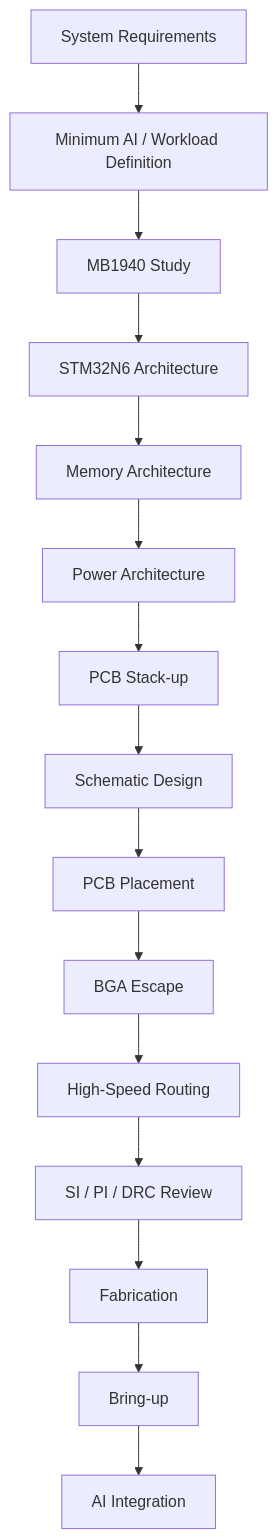
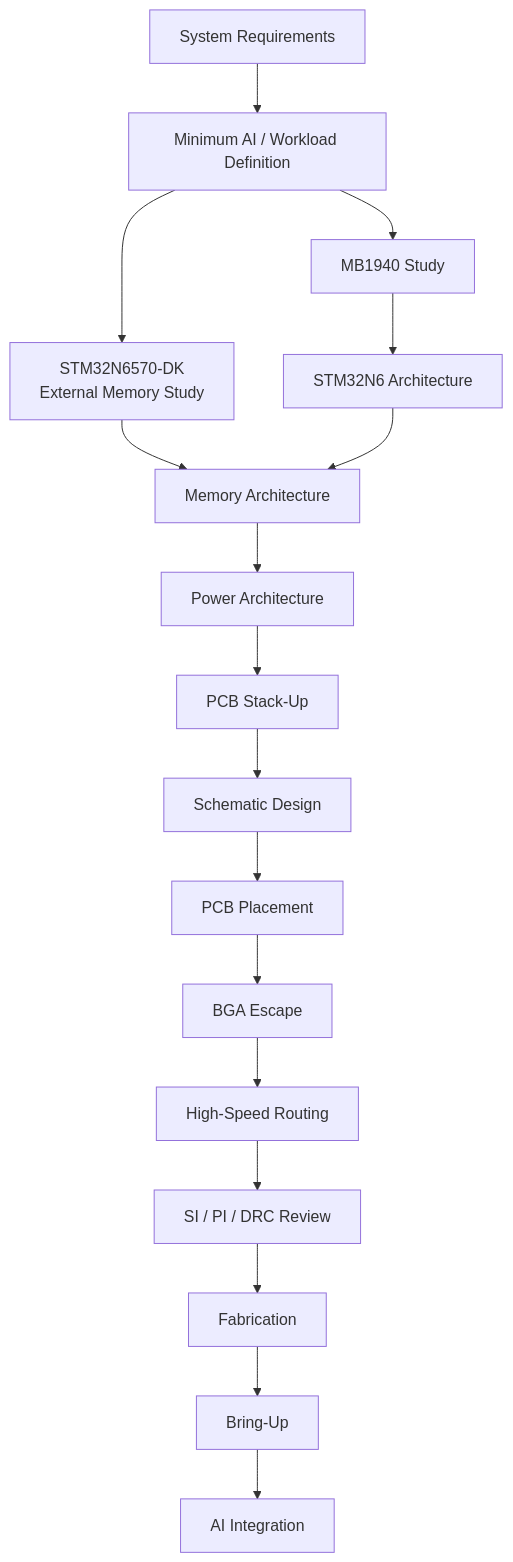
Before and after one commit to danielftsilva/cAiGED: the sixth of 18 diagrams in README.md, drawn with Mermaid. The commit also changed other lines of this file, not shown here.

````diff
--- a/README.md
+++ b/README.md
@@ -261,33 +400,36 @@
 ```mermaid
 flowchart TD
     R["System Requirements"]
     AI["Minimum AI / Workload Definition"]
     MB["MB1940 Study"]
+    DK["STM32N6570-DK<br/>External Memory Study"]
     MCU["STM32N6 Architecture"]
     MEM["Memory Architecture"]
     PWR["Power Architecture"]
-    STK["PCB Stack-up"]
+    STK["PCB Stack-Up"]
     SCH["Schematic Design"]
     PLC["PCB Placement"]
     BGA["BGA Escape"]
     HS["High-Speed Routing"]
     REV["SI / PI / DRC Review"]
     FAB["Fabrication"]
-    BR["Bring-up"]
+    BR["Bring-Up"]
     INT["AI Integration"]
 
     R --> AI
     AI --> MB
     MB --> MCU
+    AI --> DK
+    DK --> MEM
     MCU --> MEM
     MEM --> PWR
     PWR --> STK
     STK --> SCH
     SCH --> PLC
     PLC --> BGA
     BGA --> HS
     HS --> REV
     REV --> FAB
     FAB --> BR
     BR --> INT
 ```
````
